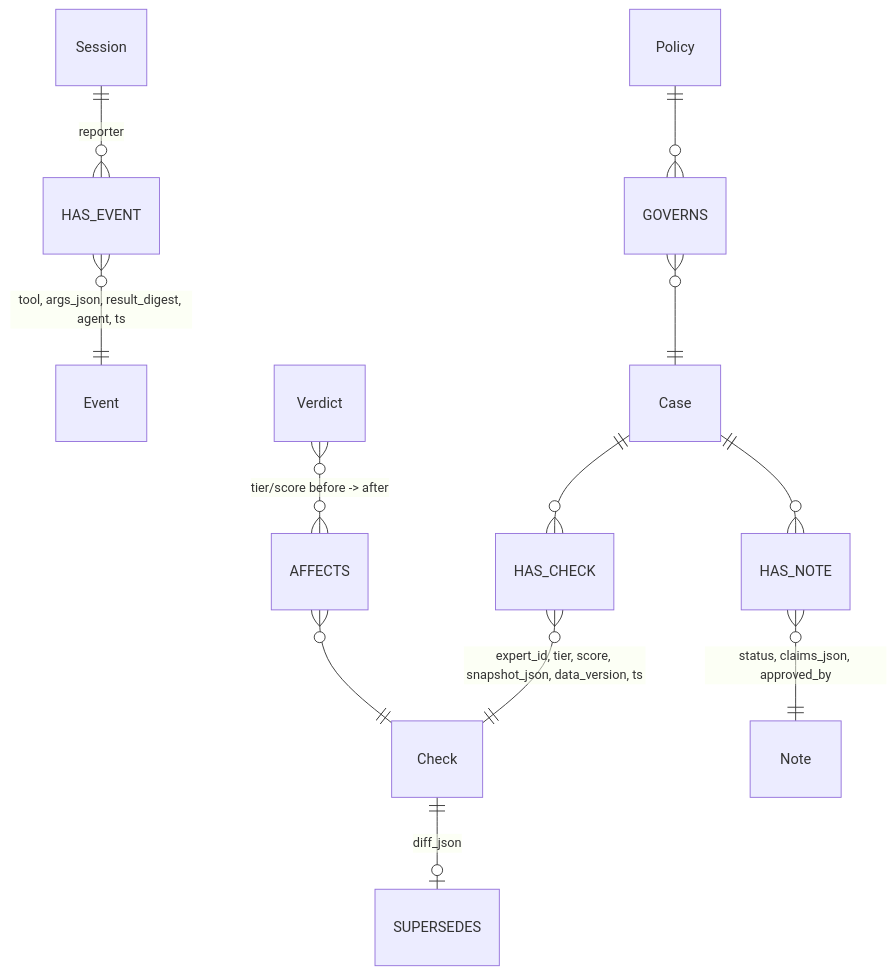
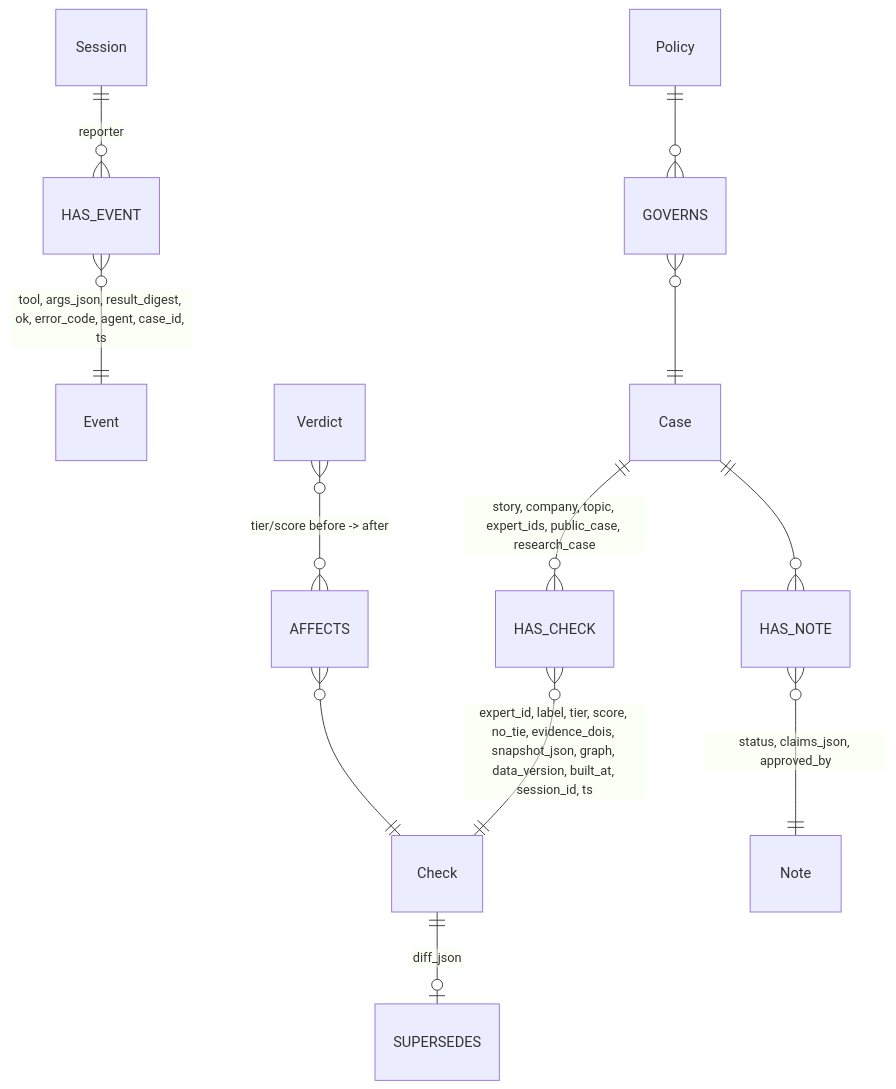
Before and after one commit to Aaryan-Degama/TieTrace: the third of 5 diagrams in docs/mcp-spec.md, drawn with Mermaid. The commit also changed other lines of this file and 12 other files, not shown here.

First line of the commit message:
Checkpoint 6: newsroom memory graph and Track 2 tools; 5f results

````diff
--- a/docs/mcp-spec.md
+++ b/docs/mcp-spec.md
@@ -108,14 +108,14 @@
 ```mermaid
 erDiagram
   Session ||--o{ HAS_EVENT : "reporter"
-  HAS_EVENT }o--|| Event : "tool, args_json, result_digest, agent, ts"
-  Case ||--o{ HAS_CHECK : ""
-  HAS_CHECK }o--|| Check : "expert_id, tier, score, snapshot_json, data_version, ts"
+  HAS_EVENT }o--|| Event : "tool, args_json, result_digest, ok, error_code, agent, case_id, ts"
+  Case ||--o{ HAS_CHECK : "story, company, topic, expert_ids, public_case, research_case"
+  HAS_CHECK }o--|| Check : "expert_id, label, tier, score, no_tie, evidence_dois, snapshot_json, graph, data_version, built_at, session_id, ts"
   Check ||--o| SUPERSEDES : "diff_json"
   Verdict }o--o{ AFFECTS : "tier/score before -> after"
   AFFECTS }o--|| Check : ""
   Case ||--o{ HAS_NOTE : ""
   HAS_NOTE }o--|| Note : "status, claims_json, approved_by"
   Policy ||--o{ GOVERNS : ""
   GOVERNS }o--|| Case : ""
 ```
````
